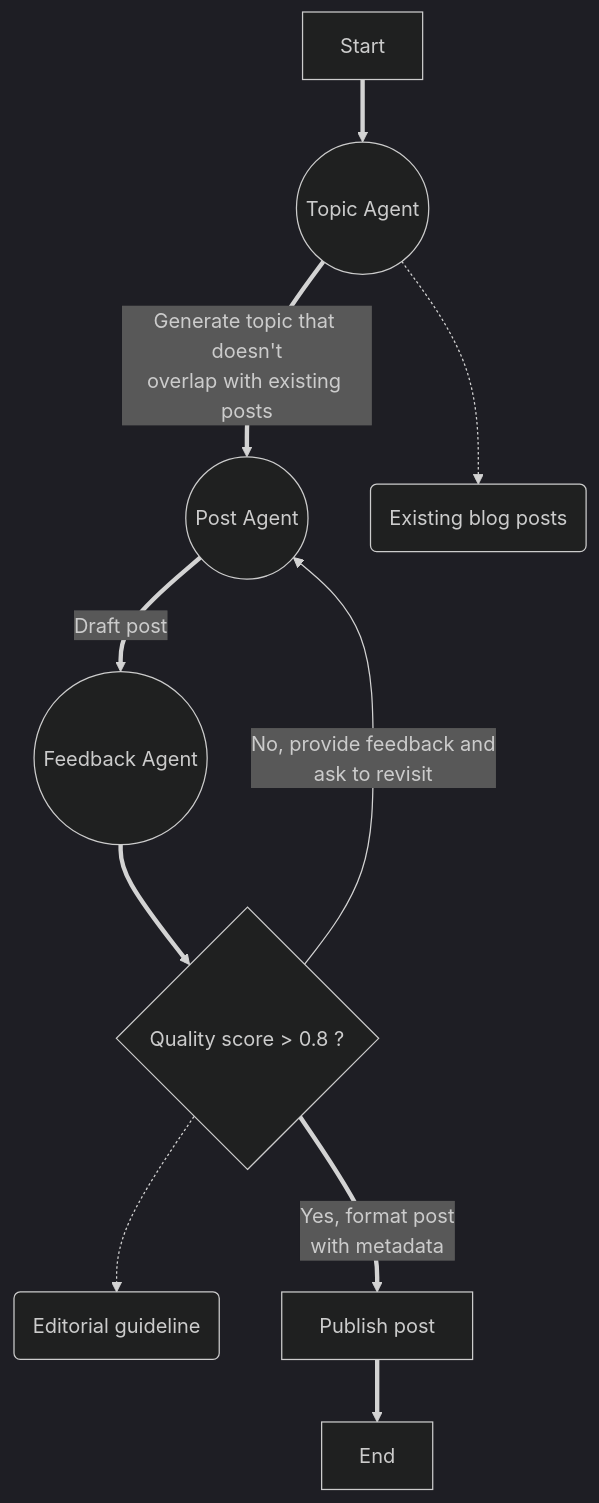
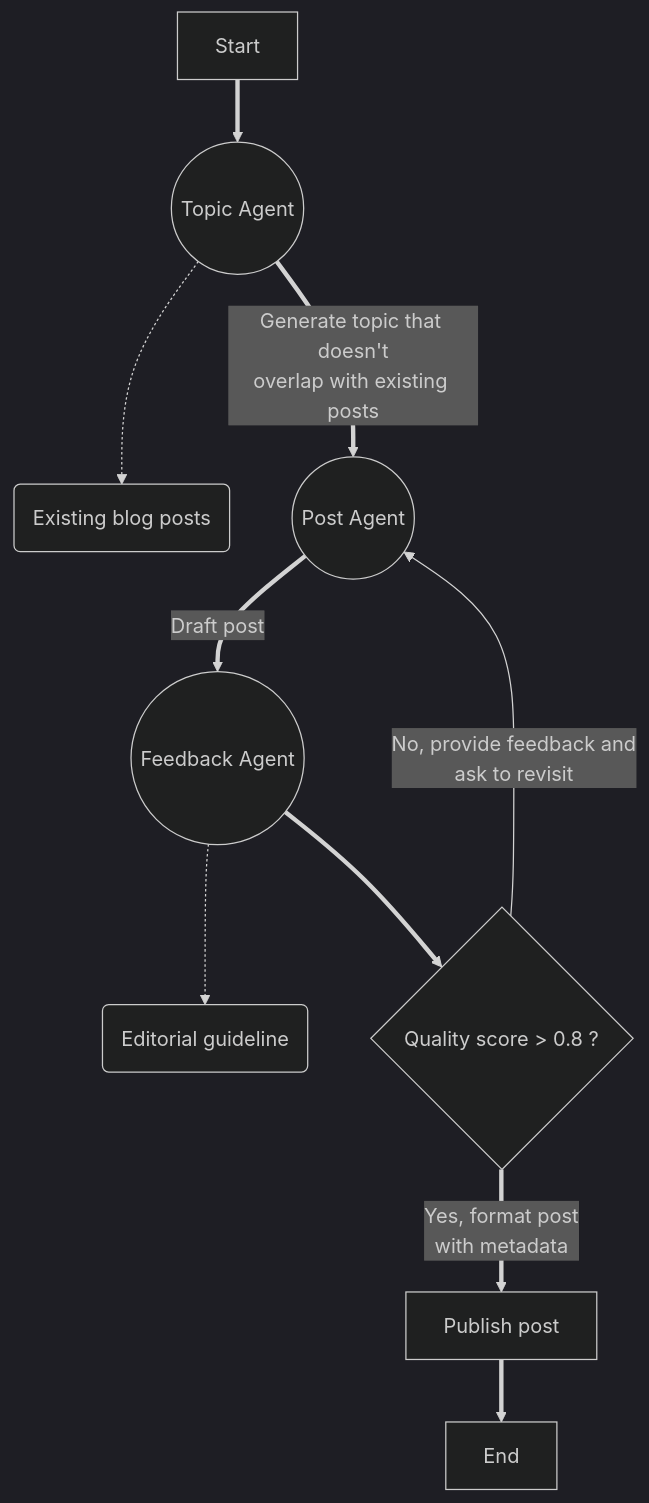
Before and after one commit to etiennetremel/ai-generated-blog: the diagram in README.md, drawn with Mermaid (dark theme).

````diff
--- a/README.md
+++ b/README.md
@@ -19,22 +19,22 @@
 ```mermaid
 flowchart TD
     A[Start]
     B((Topic Agent))
     C((Post Agent))
     D((Feedback Agent))
     E{Quality score > 0.8 ?}
     F(Editorial guideline)
     G[Publish post]
     H[End]
     I(Existing blog posts)
 
     A ==> B
     B -.-> I
     B == Generate topic that doesn't<br>overlap with existing posts ==> C
     C == Draft post ==> D
-    E -.-> F
+    D -.-> F
     D ==> E
     E == Yes, format post<br>with metadata ==> G
     E -- No, provide feedback and<br>ask to revisit --> C
     G ==> H
 ```
````
